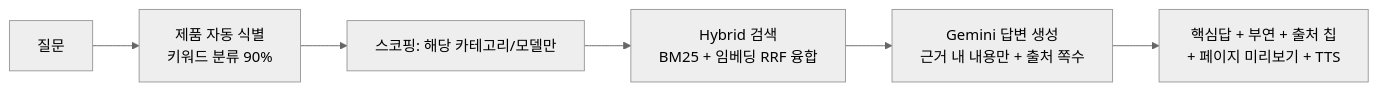
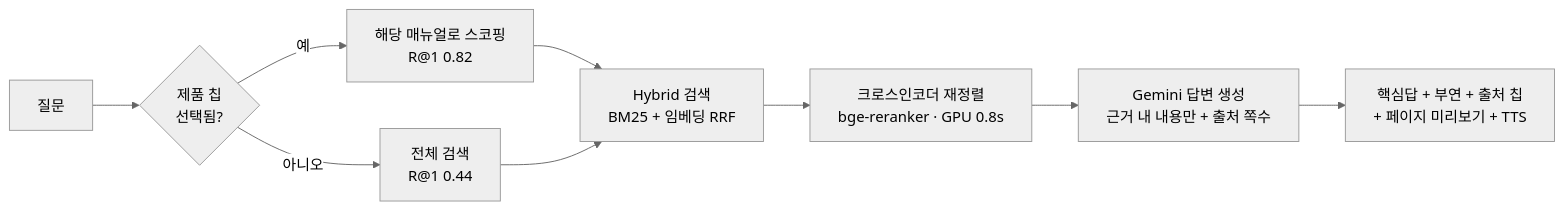
Before and after one commit to youngsuchoi0930/manualgo: the second of 2 diagrams in README.md, drawn with Mermaid (neutral theme). The commit also changed other lines of this file and 2 other files, not shown here.

First line of the commit message:
docs+fix: README n=640 전면 현행화 + 라이브에서 자동 스코핑 제거

````diff
--- a/README.md
+++ b/README.md
@@ -59,8 +60,11 @@
 ```mermaid
 flowchart LR
-    Q[질문] --> ID[제품 자동 식별<br/>키워드 분류 90%]
-    ID --> S[스코핑: 해당 카테고리/모델만]
-    S --> R[Hybrid 검색<br/>BM25 + 임베딩 RRF 융합]
-    R --> G[Gemini 답변 생성<br/>근거 내 내용만 + 출처 쪽수]
+    Q[질문] --> S{제품 칩<br/>선택됨?}
+    S -- 예 --> M[해당 매뉴얼로 스코핑<br/>R@1 0.82]
+    S -- 아니오 --> A[전체 검색<br/>R@1 0.44]
+    M --> R[Hybrid 검색<br/>BM25 + 임베딩 RRF]
+    A --> R
+    R --> X[크로스인코더 재정렬<br/>bge-reranker · GPU 0.8s]
+    X --> G[Gemini 답변 생성<br/>근거 내 내용만 + 출처 쪽수]
     G --> OUT[핵심답 + 부연 + 출처 칩<br/>+ 페이지 미리보기 + TTS]
 ```
````
